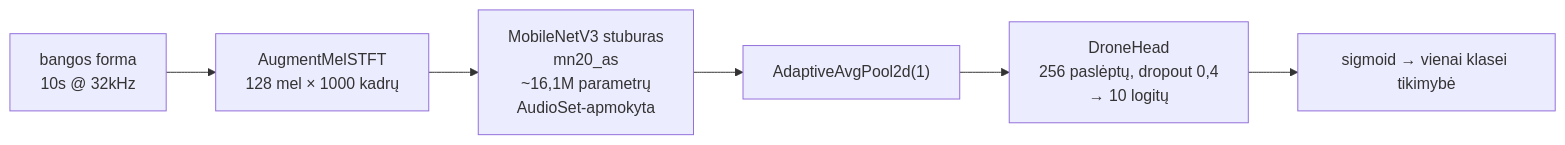
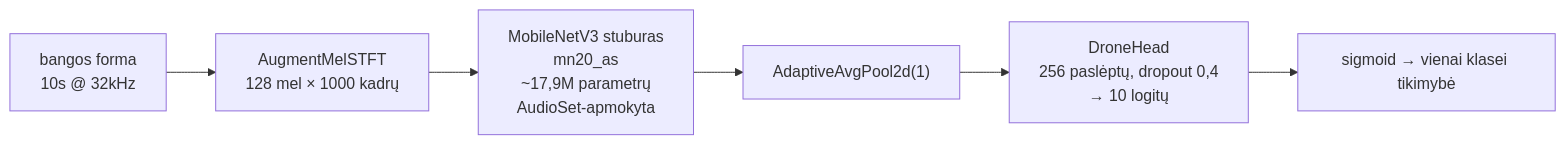
Before and after one commit to itohio/itohio.github.io: the second of 5 diagrams in blog/content/fpv/drone-detector-nn/index.lt.md, drawn with Mermaid. The commit also changed other lines of this file and 20 other files, not shown here.

Commit message:
fix(ai,statistics): p-value meaning, sampling defaults, GraphRAG/Cypher/LangChain/Keras/PyTorch API drift

````diff
--- a/blog/content/fpv/drone-detector-nn/index.lt.md
+++ b/blog/content/fpv/drone-detector-nn/index.lt.md
@@ -117,11 +117,11 @@
 ```mermaid
 graph LR
     W["bangos forma\n10s @ 32kHz"]
     MEL["AugmentMelSTFT\n128 mel × 1000 kadrų"]
-    BB["MobileNetV3 stuburas\nmn20_as\n~16,1M parametrų\nAudioSet-apmokyta"]
+    BB["MobileNetV3 stuburas\nmn20_as\n~17,9M parametrų\nAudioSet-apmokyta"]
     POOL["AdaptiveAvgPool2d(1)"]
     HEAD["DroneHead\n256 paslėptų, dropout 0,4\n→ 10 logitų"]
     OUT["sigmoid → vienai klasei tikimybė"]
 
     W --> MEL --> BB --> POOL --> HEAD --> OUT
 ```
````
